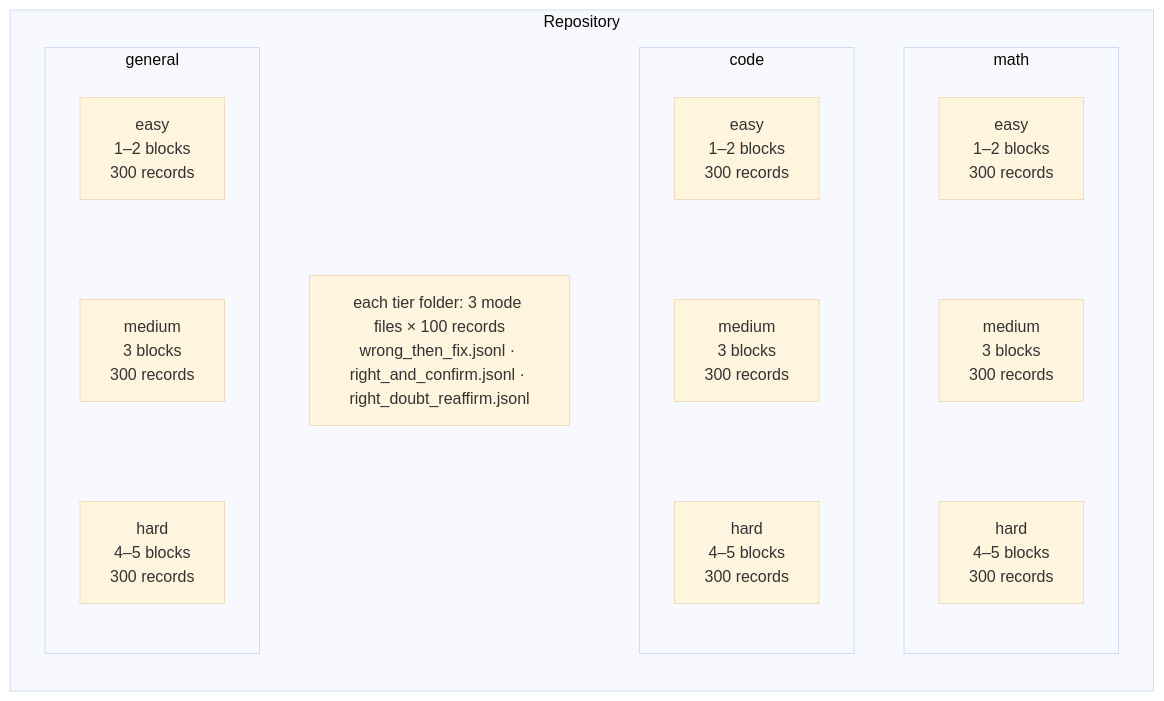
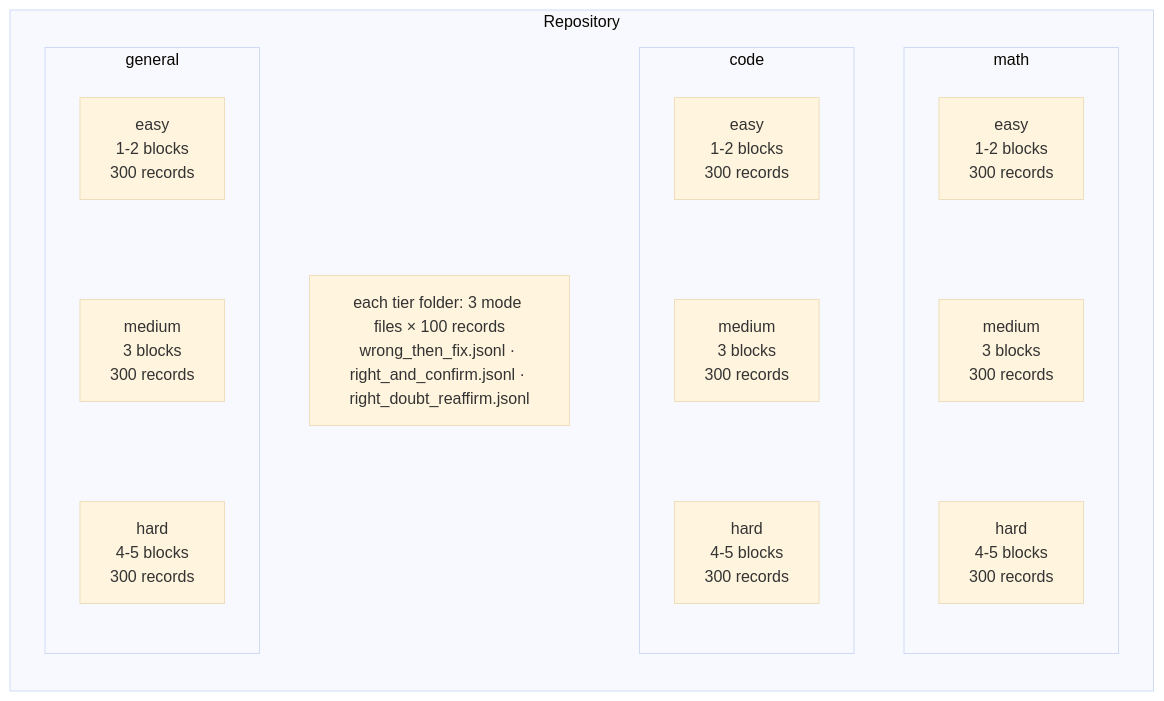
Before and after one commit to Sbussiso/synthetic-self-correction-and-thinking-samples: the diagram in README.md, drawn with Mermaid (base theme). The commit also changed other lines of this file and 12 other files, not shown here.

````diff
--- a/README.md
+++ b/README.md
@@ -17,29 +17,29 @@
 ```mermaid
 graph TB
     subgraph REPO["Repository"]
         direction TB
         subgraph MATH["math"]
             direction TB
-            M_E["easy<br>1–2 blocks<br>300 records"]
+            M_E["easy<br>1-2 blocks<br>300 records"]
             M_M["medium<br>3 blocks<br>300 records"]
-            M_H["hard<br>4–5 blocks<br>300 records"]
+            M_H["hard<br>4-5 blocks<br>300 records"]
             M_E ~~~ M_M ~~~ M_H
         end
         subgraph CODE["code"]
             direction TB
-            C_E["easy<br>1–2 blocks<br>300 records"]
+            C_E["easy<br>1-2 blocks<br>300 records"]
             C_M["medium<br>3 blocks<br>300 records"]
-            C_H["hard<br>4–5 blocks<br>300 records"]
+            C_H["hard<br>4-5 blocks<br>300 records"]
             C_E ~~~ C_M ~~~ C_H
         end
         subgraph GEN["general"]
             direction TB
-            G_E["easy<br>1–2 blocks<br>300 records"]
+            G_E["easy<br>1-2 blocks<br>300 records"]
             G_M["medium<br>3 blocks<br>300 records"]
-            G_H["hard<br>4–5 blocks<br>300 records"]
+            G_H["hard<br>4-5 blocks<br>300 records"]
             G_E ~~~ G_M ~~~ G_H
         end
         LEAF["each tier folder: 3 mode files × 100 records<br>wrong_then_fix.jsonl · right_and_confirm.jsonl · right_doubt_reaffirm.jsonl"]
     end
     REPO ~~~ LEAF
 ```
````
